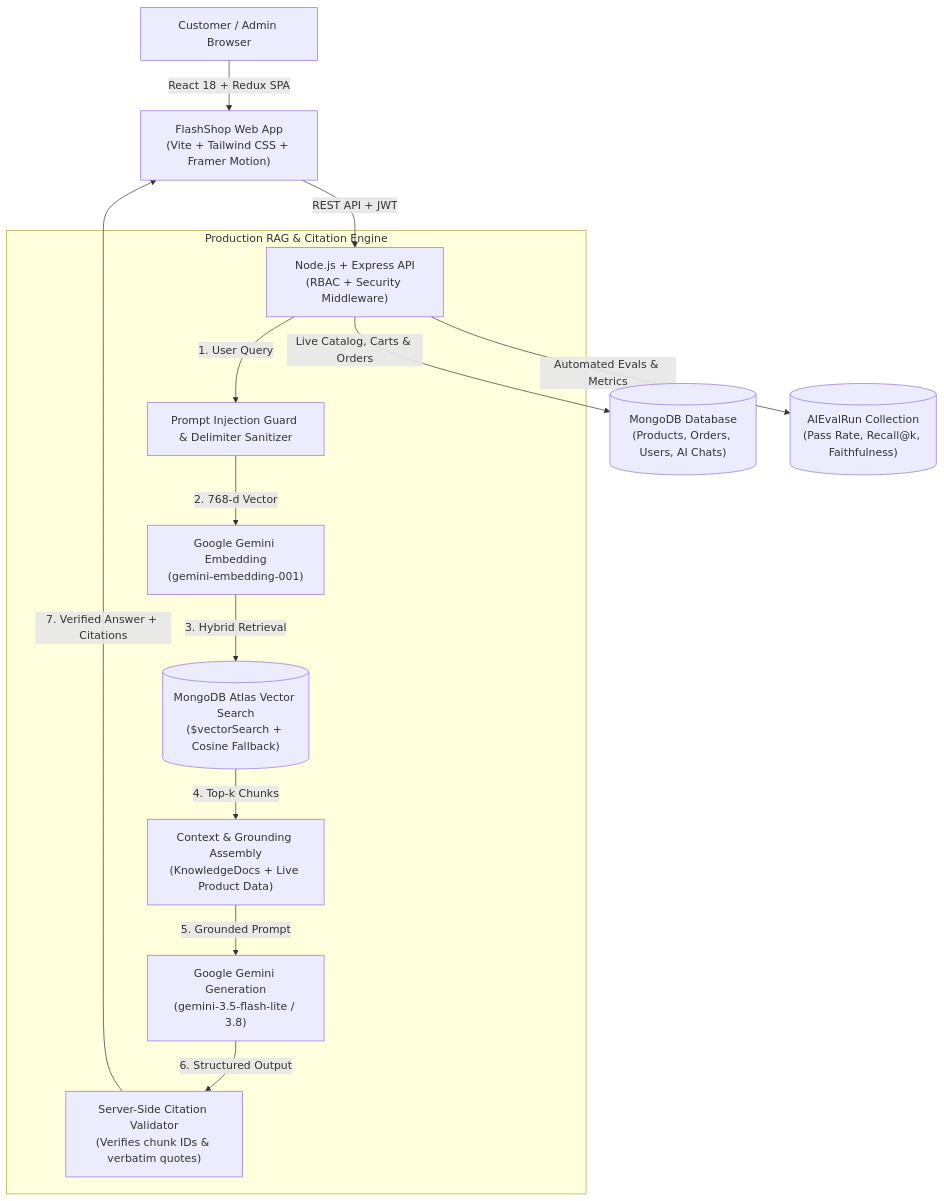
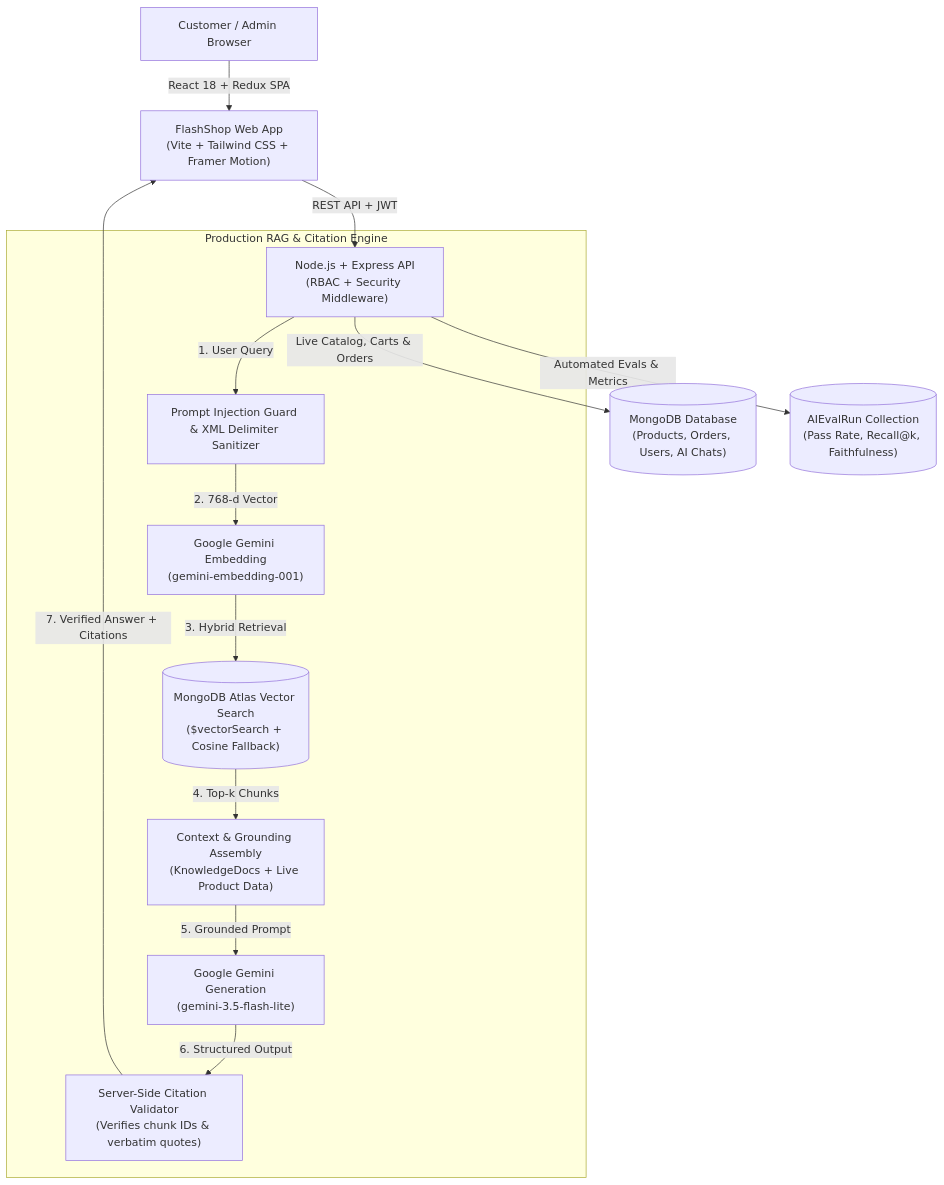
One commit to Gulshankartikk/e-commerce-website changed the diagram in README.md. Above: the diagram before and after it, drawn with Mermaid. The commit also changed other lines of this file, not shown here.

Commit message:
docs: update README with design system, production URLs, RAG architecture and evals suite

````diff
--- a/README.md
+++ b/README.md
@@ -70,18 +67,18 @@
 ```mermaid
 flowchart TD
     User["Customer / Admin Browser"] -->|"React 18 + Redux SPA"| Frontend["FlashShop Web App\n(Vite + Tailwind CSS + Framer Motion)"]
     Frontend -->|"REST API + JWT"| Backend["Node.js + Express API\n(RBAC + Security Middleware)"]
 
     subgraph RAG_Engine ["Production RAG & Citation Engine"]
-        Backend -->|"1. User Query"| Sanitizer["Prompt Injection Guard & Delimiter Sanitizer"]
+        Backend -->|"1. User Query"| Sanitizer["Prompt Injection Guard & XML Delimiter Sanitizer"]
         Sanitizer -->|"2. 768-d Vector"| Embedder["Google Gemini Embedding\n(gemini-embedding-001)"]
         Embedder -->|"3. Hybrid Retrieval"| VectorDB[("MongoDB Atlas Vector Search\n($vectorSearch + Cosine Fallback)")]
         VectorDB -->|"4. Top-k Chunks"| ContextBuilder["Context & Grounding Assembly\n(KnowledgeDocs + Live Product Data)"]
-        ContextBuilder -->|"5. Grounded Prompt"| LLM["Google Gemini Generation\n(gemini-3.5-flash-lite / 3.8)"]
+        ContextBuilder -->|"5. Grounded Prompt"| LLM["Google Gemini Generation\n(gemini-3.5-flash-lite)"]
         LLM -->|"6. Structured Output"| CitationValidator["Server-Side Citation Validator\n(Verifies chunk IDs & verbatim quotes)"]
     end
 
     CitationValidator -->|"7. Verified Answer + Citations"| Frontend
     Backend -->|"Live Catalog, Carts & Orders"| MongoCatalog[("MongoDB Database\n(Products, Orders, Users, AI Chats)")]
     Backend -->|"Automated Evals & Metrics"| EvalDB[("AIEvalRun Collection\n(Pass Rate, Recall@k, Faithfulness)")]
 ```
````
